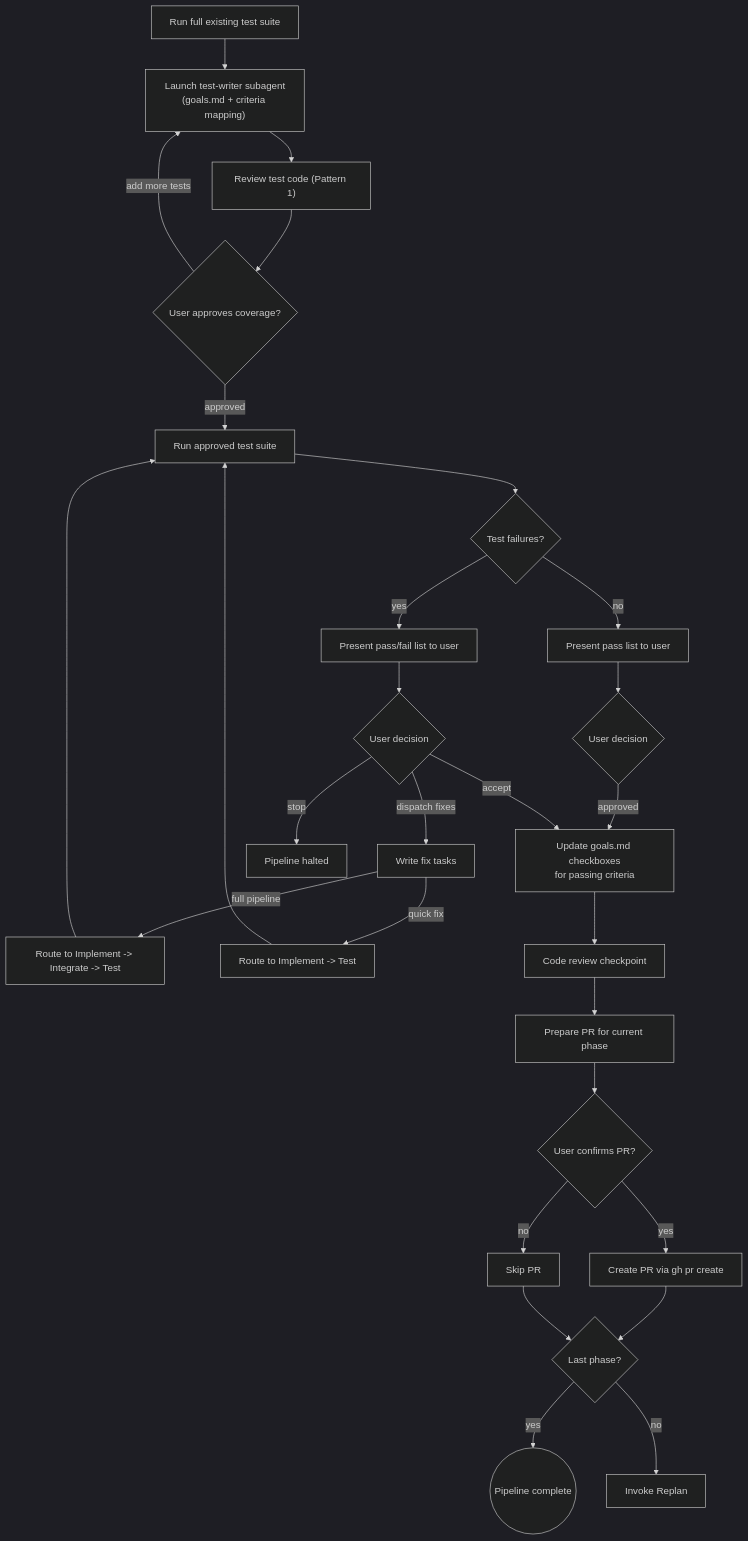
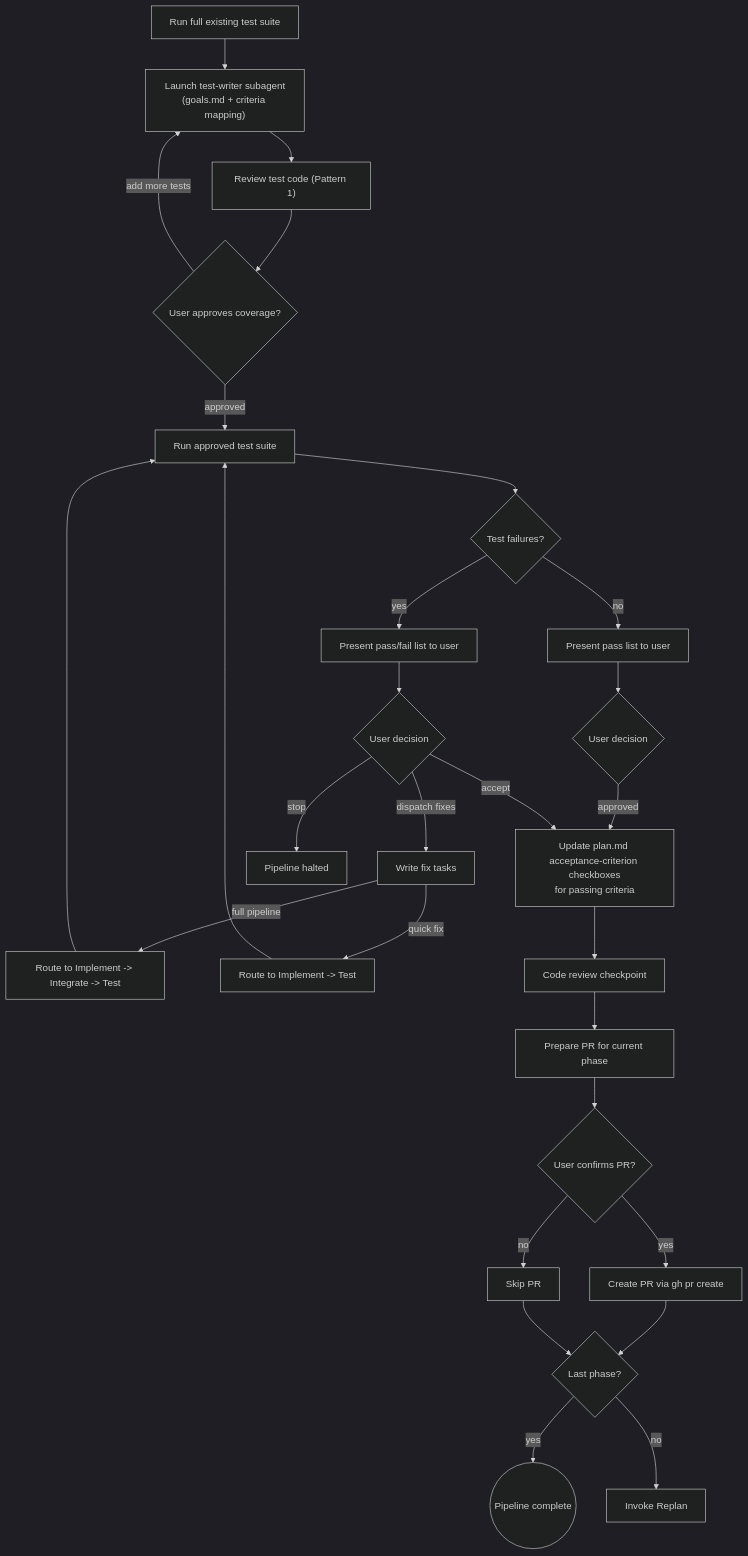
Diagram 13 of 20 in README.md (dfrysinger/qrspi-plus), drawn with Mermaid (dark theme) before and after one commit. The commit also changed other lines of this file and 15 other files, not shown here.

````diff
--- a/README.md
+++ b/README.md
@@ -321,30 +339,30 @@
 ```mermaid
 flowchart TD
     A[Run full existing test suite] --> B["Launch test-writer subagent<br>(goals.md + criteria mapping)"]
     B --> C["Review test code (Pattern 1)"]
     C --> CV{User approves coverage?}
     CV -->|add more tests| B
     CV -->|approved| D[Run approved test suite]
     D --> E{Test failures?}
     E -->|no| G[Present pass list to user]
     E -->|yes| F[Present pass/fail list to user]
     F --> H{User decision}
     G --> G2{User decision}
     G2 -->|approved| CK
     H -->|dispatch fixes| K[Write fix tasks]
     H -->|accept| CK
     H -->|stop| L[Pipeline halted]
     K -->|full pipeline| M[Route to Implement -> Integrate -> Test]
     K -->|quick fix| NN[Route to Implement -> Test]
     M --> D
     NN --> D
-    CK["Update goals.md checkboxes<br>for passing criteria"] --> CR[Code review checkpoint]
+    CK["Update plan.md acceptance-criterion checkboxes<br>for passing criteria"] --> CR[Code review checkpoint]
     CR --> Q[Prepare PR for current phase]
     Q --> R{User confirms PR?}
     R -->|yes| S[Create PR via gh pr create]
     R -->|no| S2[Skip PR]
     S --> T{Last phase?}
     S2 --> T
     T -->|yes| U((Pipeline complete))
     T -->|no| V[Invoke Replan]
 ```
````
